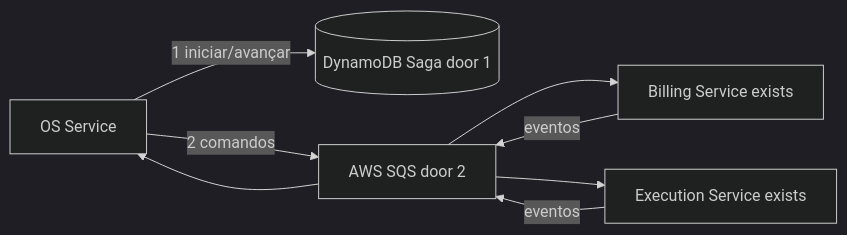
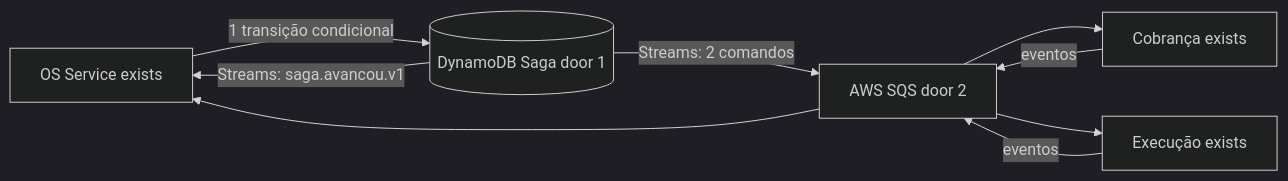
Before and after one commit to Grupo78-PosTech-15SOAT/AutoReparos: the first of 2 diagrams in .specs/features/fase4/saga-mensageria/plan.md, drawn with Mermaid (dark theme). The commit also changed other lines of this file and 7 other files, not shown here.

````diff
--- a/.specs/features/fase4/saga-mensageria/plan.md
+++ b/.specs/features/fase4/saga-mensageria/plan.md
@@ -17,10 +19,11 @@
 ```mermaid
 flowchart LR
-    OS[OS Service] -->|1 iniciar/avançar| DDB[(DynamoDB Saga door 1)]
-    OS -->|2 comandos| Q[AWS SQS door 2]
-    Q --> B[Billing Service exists]
-    Q --> E[Execution Service exists]
+    OS[OS Service exists] -->|1 transição condicional| DDB[(DynamoDB Saga door 1)]
+    DDB -->|Streams: 2 comandos| Q[AWS SQS door 2]
+    Q --> B[Cobrança exists]
+    Q --> E[Execução exists]
     B -->|eventos| Q
     E -->|eventos| Q
     Q --> OS
+    DDB -->|Streams: saga.avancou.v1| OS
 ```
````
